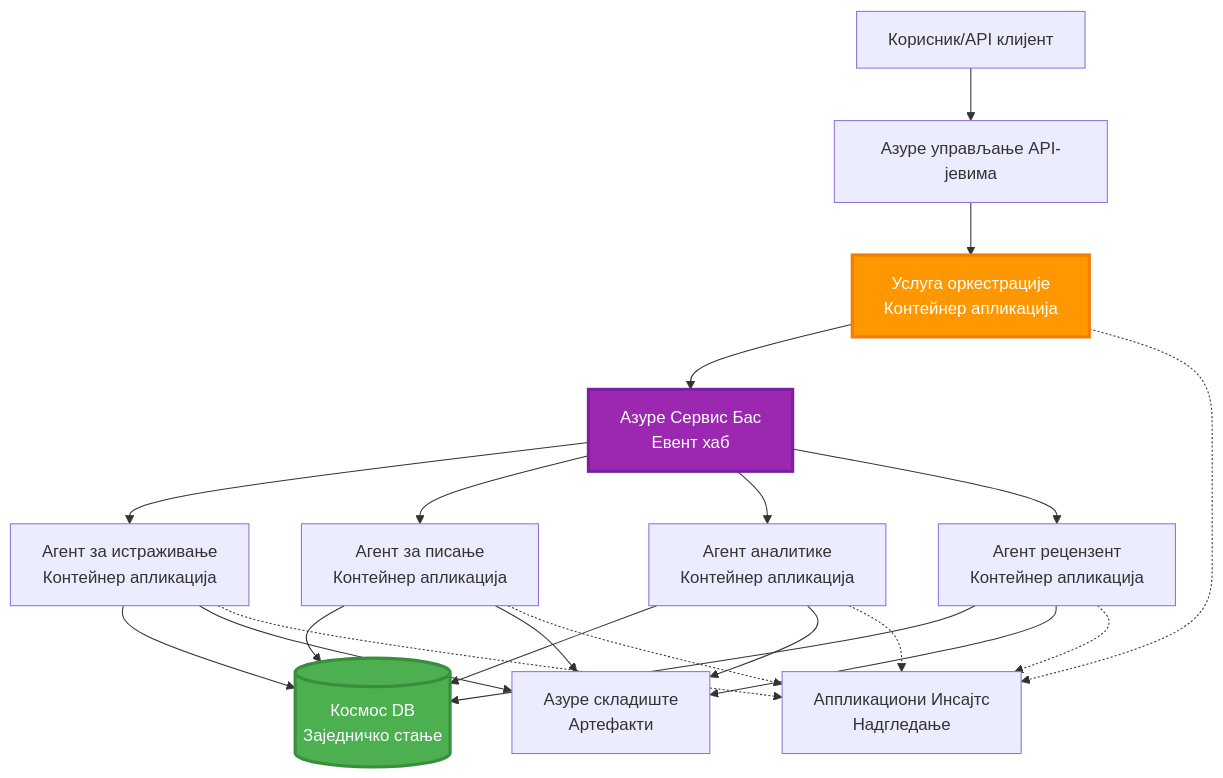
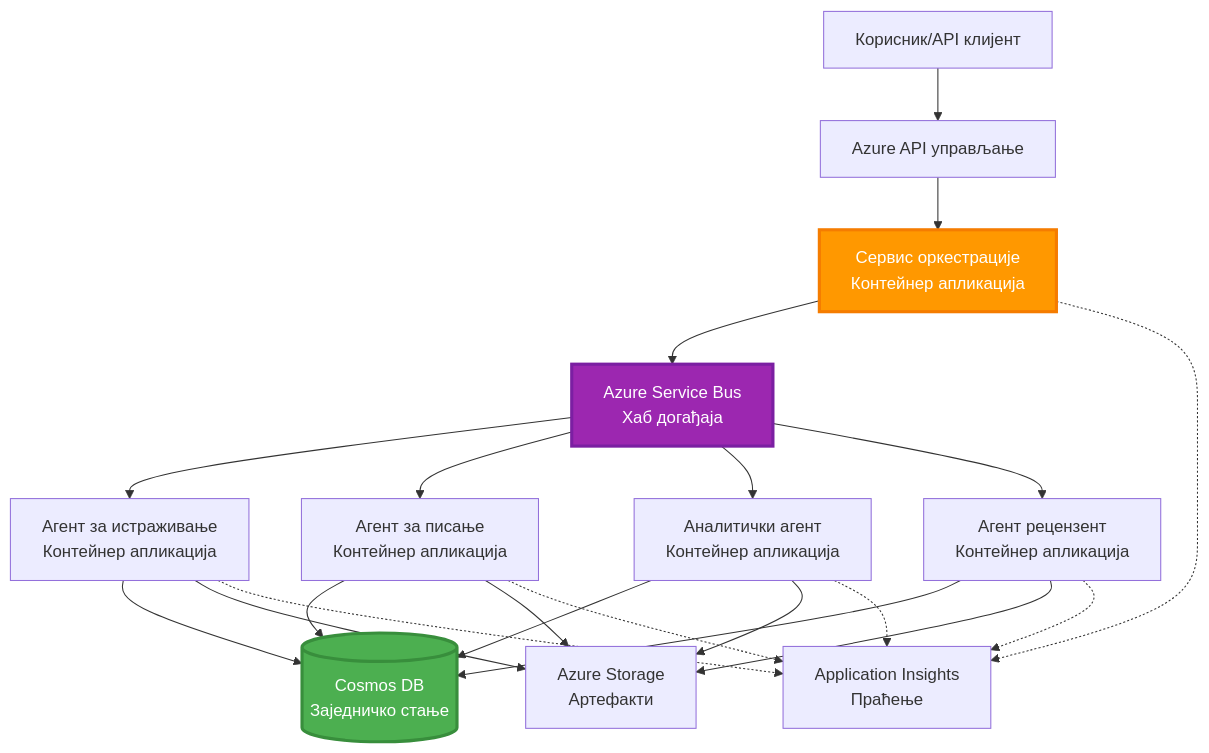
Before and after one commit to microsoft/AZD-for-beginners: the fifth of 5 diagrams in translations/sr/docs/chapter-06-pre-deployment/coordination-patterns.md, drawn with Mermaid. The commit also changed other lines of this file and 101 other files, not shown here.

````diff
--- a/translations/sr/docs/chapter-06-pre-deployment/coordination-patterns.md
+++ b/translations/sr/docs/chapter-06-pre-deployment/coordination-patterns.md
@@ -271,45 +265,45 @@
 ```mermaid
 graph TB
     User[Корисник/API клијент]
-    APIM[Азуре управљање API-јевима]
-    Orchestrator[Услуга оркестрације<br/>Контейнер апликација]
-    ServiceBus[Азуре Сервис Бас<br/>Евент хаб]
+    APIM[Azure API управљање]
+    Orchestrator[Сервис оркестрације<br/>Контейнер апликација]
+    ServiceBus[Azure Service Bus<br/>Хаб догађаја]
     
     Agent1[Агент за истраживање<br/>Контейнер апликација]
     Agent2[Агент за писање<br/>Контейнер апликација]
-    Agent3[Агент аналитике<br/>Контейнер апликација]
+    Agent3[Аналитички агент<br/>Контейнер апликација]
     Agent4[Агент рецензент<br/>Контейнер апликација]
     
-    CosmosDB[(Космос DB<br/>Заједничко стање)]
-    Storage[Азуре складиште<br/>Артефакти]
-    AppInsights[Аппликациони Инсајтс<br/>Надгледање]
+    CosmosDB[(Cosmos DB<br/>Заједничко стање)]
+    Storage[Azure Storage<br/>Артефакти]
+    AppInsights[Application Insights<br/>Праћење]
     
     User --> APIM
     APIM --> Orchestrator
     
     Orchestrator --> ServiceBus
     ServiceBus --> Agent1
     ServiceBus --> Agent2
     ServiceBus --> Agent3
     ServiceBus --> Agent4
     
     Agent1 --> CosmosDB
     Agent2 --> CosmosDB
     Agent3 --> CosmosDB
     Agent4 --> CosmosDB
     
     Agent1 --> Storage
     Agent2 --> Storage
     Agent3 --> Storage
     Agent4 --> Storage
     
     Orchestrator -.-> AppInsights
     Agent1 -.-> AppInsights
     Agent2 -.-> AppInsights
     Agent3 -.-> AppInsights
     Agent4 -.-> AppInsights
     
     style Orchestrator fill:#FF9800,stroke:#F57C00,stroke-width:3px,color:#fff
     style ServiceBus fill:#9C27B0,stroke:#7B1FA2,stroke-width:3px,color:#fff
     style CosmosDB fill:#4CAF50,stroke:#388E3C,stroke-width:3px,color:#fff
 ```
````
